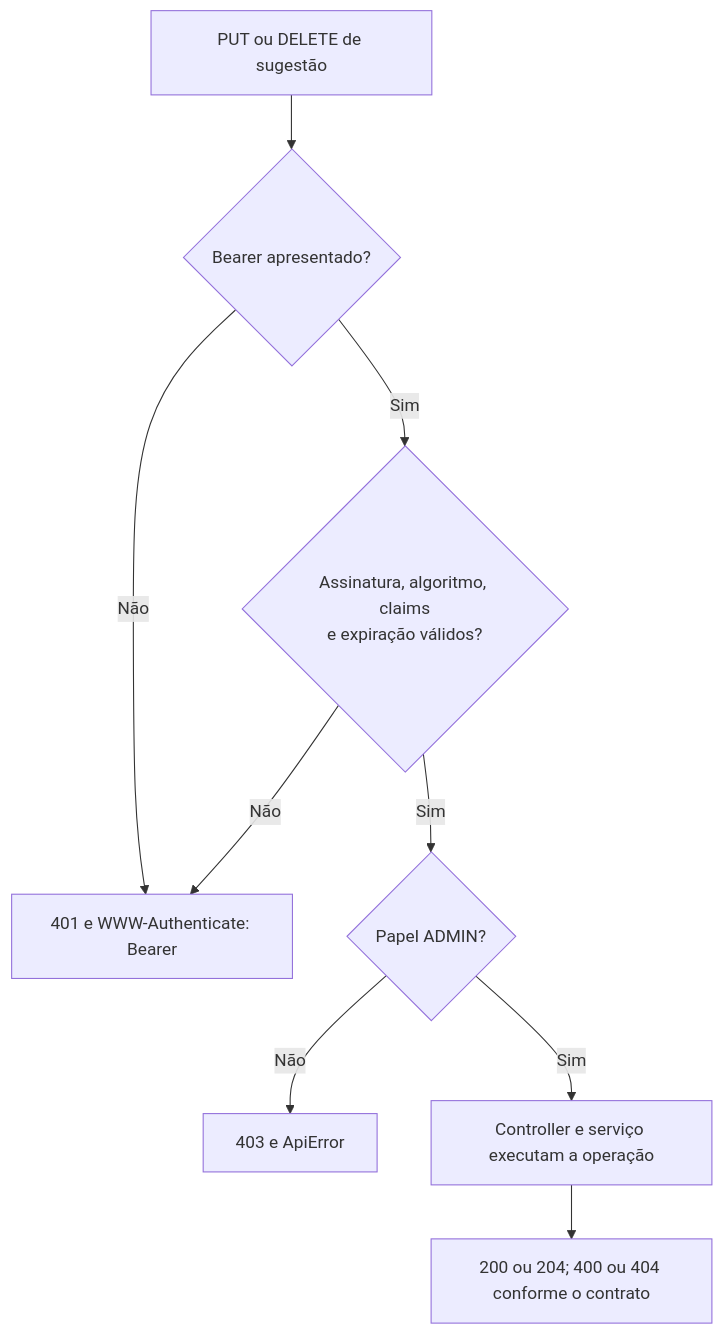
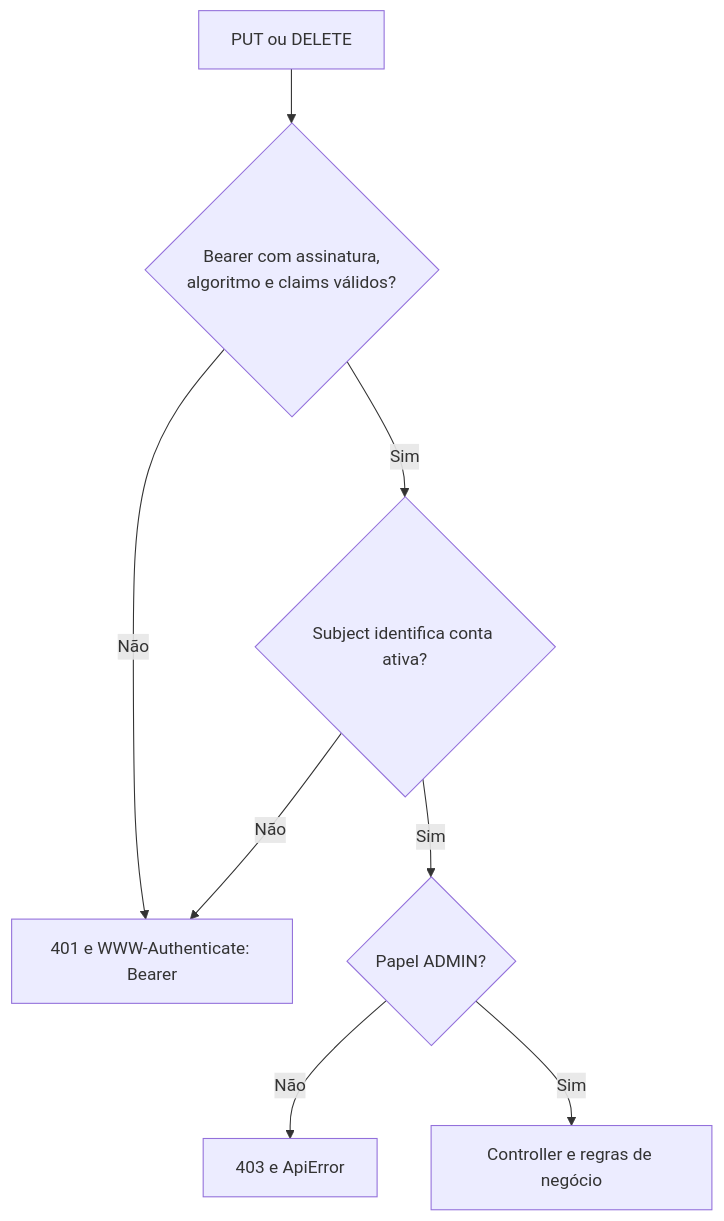
One commit to e24Dev/CaixaDeSugestoes changed the third of 3 diagrams in docs/09-jwt-bearer-token.md. Above: the diagram before and after it, drawn with Mermaid. The commit also changed other lines of this file and 42 other files, not shown here.

````diff
--- a/docs/09-jwt-bearer-token.md
+++ b/docs/09-jwt-bearer-token.md
@@ -218,11 +1180,10 @@
 ```mermaid
 flowchart TD
-    Request["PUT ou DELETE de sugestão"] --> Header{"Bearer apresentado?"}
-    Header -->|"Não"| Unauthorized["401 e WWW-Authenticate: Bearer"]
-    Header -->|"Sim"| Valida{"Assinatura, algoritmo, claims<br/>e expiração válidos?"}
-    Valida -->|"Não"| Unauthorized
-    Valida -->|"Sim"| Role{"Papel ADMIN?"}
-    Role -->|"Não"| Forbidden["403 e ApiError"]
-    Role -->|"Sim"| Operacao["Controller e serviço executam a operação"]
-    Operacao --> Negocio["200 ou 204; 400 ou 404 conforme o contrato"]
+    Request["PUT ou DELETE"] --> Token{"Bearer com assinatura,<br/>algoritmo e claims válidos?"}
+    Token -->|"Não"| Unauthorized["401 e WWW-Authenticate: Bearer"]
+    Token -->|"Sim"| Conta{"Subject identifica conta ativa?"}
+    Conta -->|"Não"| Unauthorized
+    Conta -->|"Sim"| Papel{"Papel ADMIN?"}
+    Papel -->|"Não"| Forbidden["403 e ApiError"]
+    Papel -->|"Sim"| Negocio["Controller e regras de negócio"]
 ```
````
